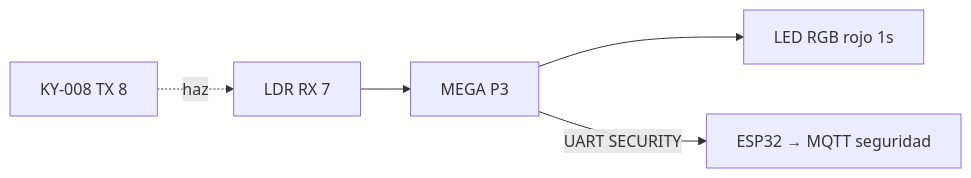
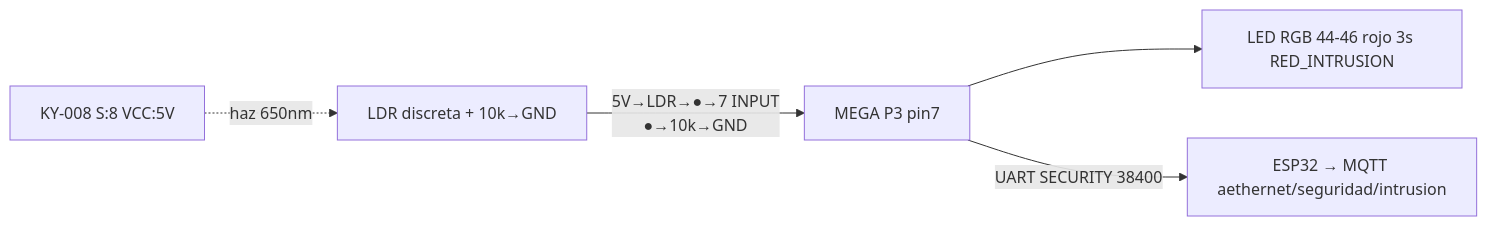
The fifth of 7 diagrams in docs/fritzing/compendio-planos.md (Craos6518/AetherNet-IoT-Autonomous-Rover), drawn with Mermaid before and after one commit. The commit also changed other lines of this file and 3 other files, not shown here.

First line of the commit message:
fix(P5 laser LDR discreta): parchea LDR 10k fija a GND sin PULLUP + docs cableado

````diff
--- a/docs/fritzing/compendio-planos.md
+++ b/docs/fritzing/compendio-planos.md
@@ -430,7 +430,7 @@
 ```mermaid
 graph LR
-  LASER[KY-008 TX 8] -. haz .-> LDR[LDR RX 7]
-  LDR --> MEGA[MEGA P3]
-  MEGA --> LED[LED RGB rojo 1s]
-  MEGA -->|UART SECURITY| ESP32[ESP32 → MQTT seguridad]
+  LASER[KY-008 S:8 VCC:5V] -. haz 650nm .-> LDR[LDR discreta + 10k→GND]
+  LDR -->|5V→LDR→●→7 INPUT<br/>●→10k→GND| MEGA[MEGA P3 pin7]
+  MEGA --> LED[LED RGB 44-46 rojo 3s RED_INTRUSION]
+  MEGA -->|UART SECURITY 38400| ESP32[ESP32 → MQTT aethernet/seguridad/intrusion]
 ```
````
